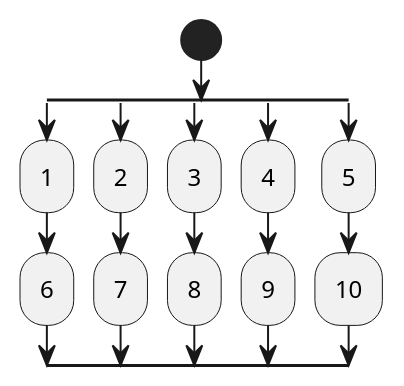
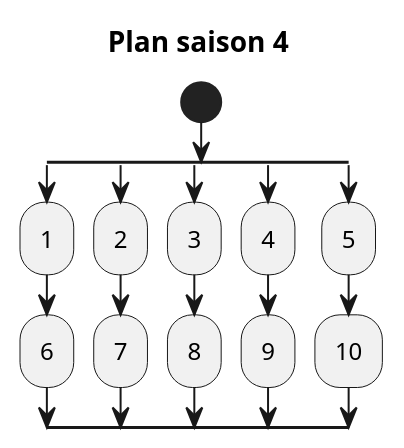
One commit to jkero/hydroponik changed the diagram in hydroponique/source/saison4.rst. Above: the diagram before and after it, drawn with PlantUML. The commit also changed 1 other file, not shown here.

Commit message:
maj 2025 + titre plan

```diff
--- a/hydroponique/source/saison4.rst
+++ b/hydroponique/source/saison4.rst
@@ -23,20 +23,21 @@
 .. uml::
 
     @startuml
+    title Plan saison 4
     start
     split
         :1;
         :6;
     split again
         :2;
         :7;
         split again
         :3;
         :8;
         split again
         :4;
         :9;
         split again
         :5;
         :10;
     @enduml
```
